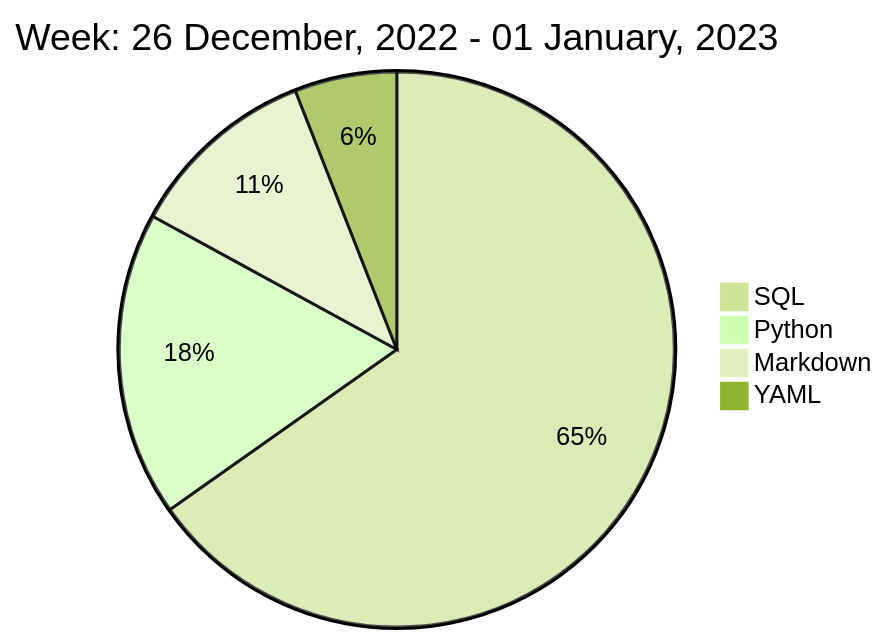
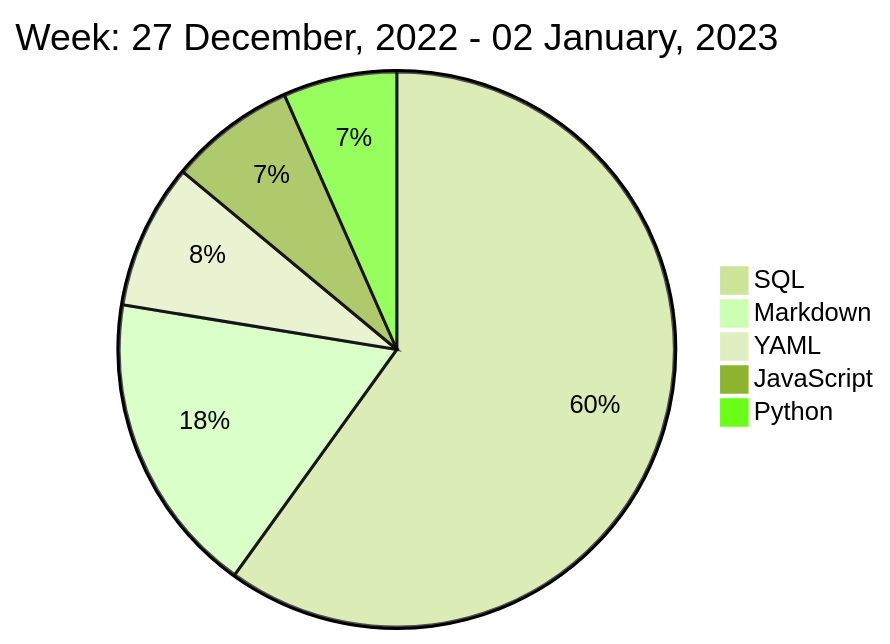
Before and after one commit to liubin95/liubin95: the diagram in README.md, drawn with Mermaid (forest theme).

Commit message:
Updated the Graph with new Metrics

````diff
--- a/README.md
+++ b/README.md
@@ -40,8 +40,9 @@
 ```mermaid
  pie
-title Week: 26 December, 2022 - 01 January, 2023
- "SQL" : 5.7
- "Python" : 1.55
- "Markdown" : 0.97
- "YAML" : 0.52
+title Week: 27 December, 2022 - 02 January, 2023
+ "SQL" : 1.63
+ "Markdown" : 0.48
+ "YAML" : 0.23
+ "JavaScript" : 0.2
+ "Python" : 0.18
 ```
````
